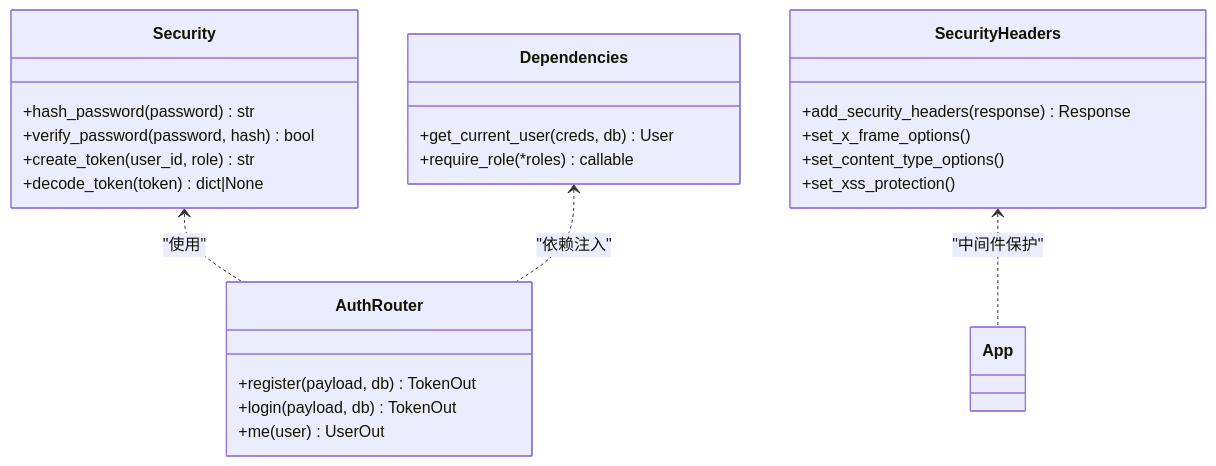
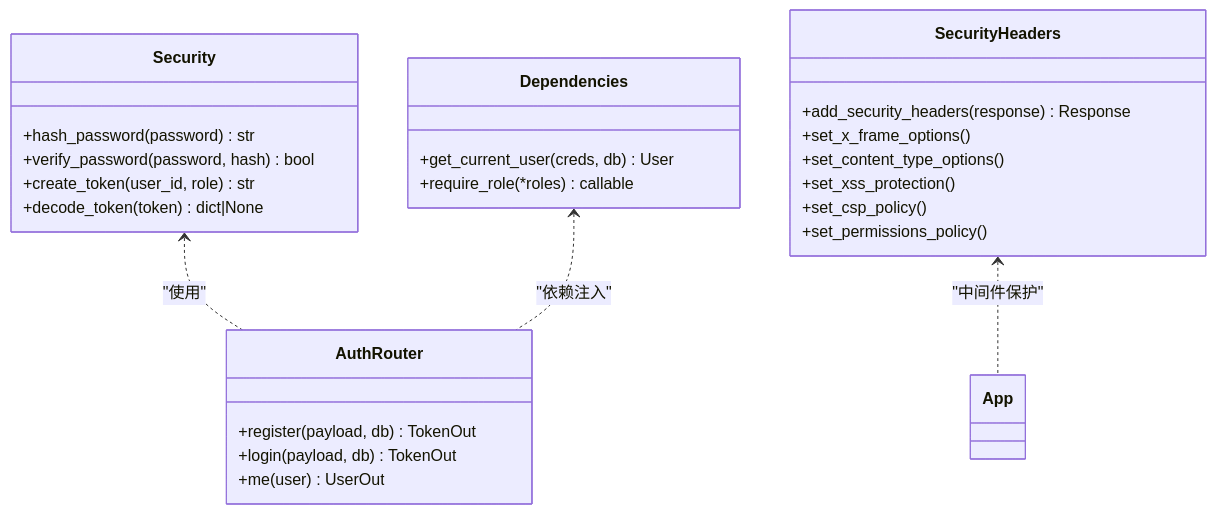
Before and after one commit to onebody/homework: the fifth of 7 diagrams in .qoder/repowiki/zh/content/暑假作业打卡系统/后端服务架构/FastAPI应用核心.md, drawn with Mermaid. The commit also changed other lines of this file and 28 other files, not shown here.

````diff
--- a/.qoder/repowiki/zh/content/暑假作业打卡系统/后端服务架构/FastAPI应用核心.md
+++ b/.qoder/repowiki/zh/content/暑假作业打卡系统/后端服务架构/FastAPI应用核心.md
@@ -384,27 +396,29 @@
 ```mermaid
 classDiagram
 class Security {
 +hash_password(password) str
 +verify_password(password, hash) bool
 +create_token(user_id, role) str
 +decode_token(token) dict|None
 }
 class Dependencies {
 +get_current_user(creds, db) User
 +require_role(*roles) callable
 }
 class AuthRouter {
 +register(payload, db) TokenOut
 +login(payload, db) TokenOut
 +me(user) UserOut
 }
 class SecurityHeaders {
 +add_security_headers(response) Response
 +set_x_frame_options()
 +set_content_type_options()
 +set_xss_protection()
++set_csp_policy()
++set_permissions_policy()
 }
 Security <.. AuthRouter : "使用"
 Dependencies <.. AuthRouter : "依赖注入"
 SecurityHeaders <.. App : "中间件保护"
 ```
````
